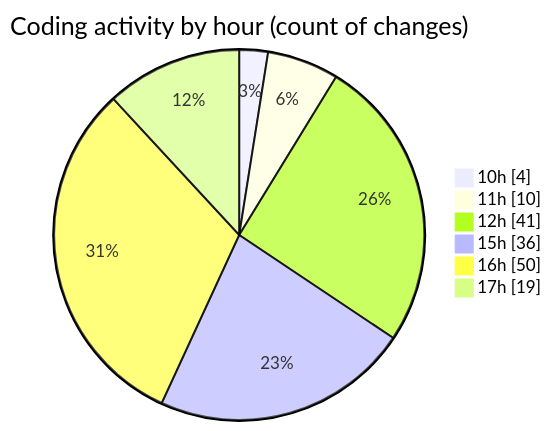
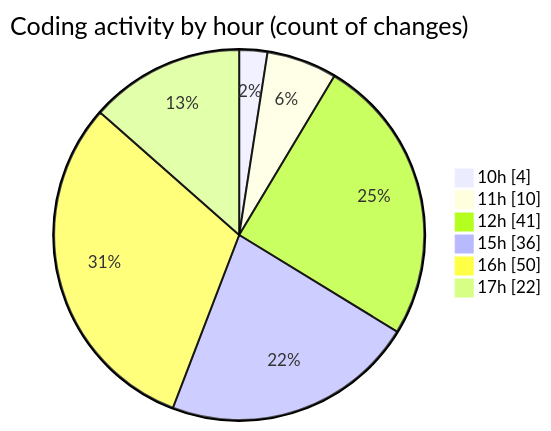
One commit to nxtqubesakshisongat/code-tracking changed the second of 2 diagrams in 2026-03-05/nxtqube_webapp/README.md. Above: the diagram before and after it, drawn with Mermaid. The commit also changed other lines of this file and 1 other file, not shown here.

````diff
--- a/2026-03-05/nxtqube_webapp/README.md
+++ b/2026-03-05/nxtqube_webapp/README.md
@@ -43,10 +43,10 @@
 ```mermaid
 pie showData
 title Coding activity by hour (count of changes)
 "10h" : 4
 "11h" : 10
 "12h" : 41
 "15h" : 36
 "16h" : 50
-"17h" : 19
+"17h" : 22
 ```
````
